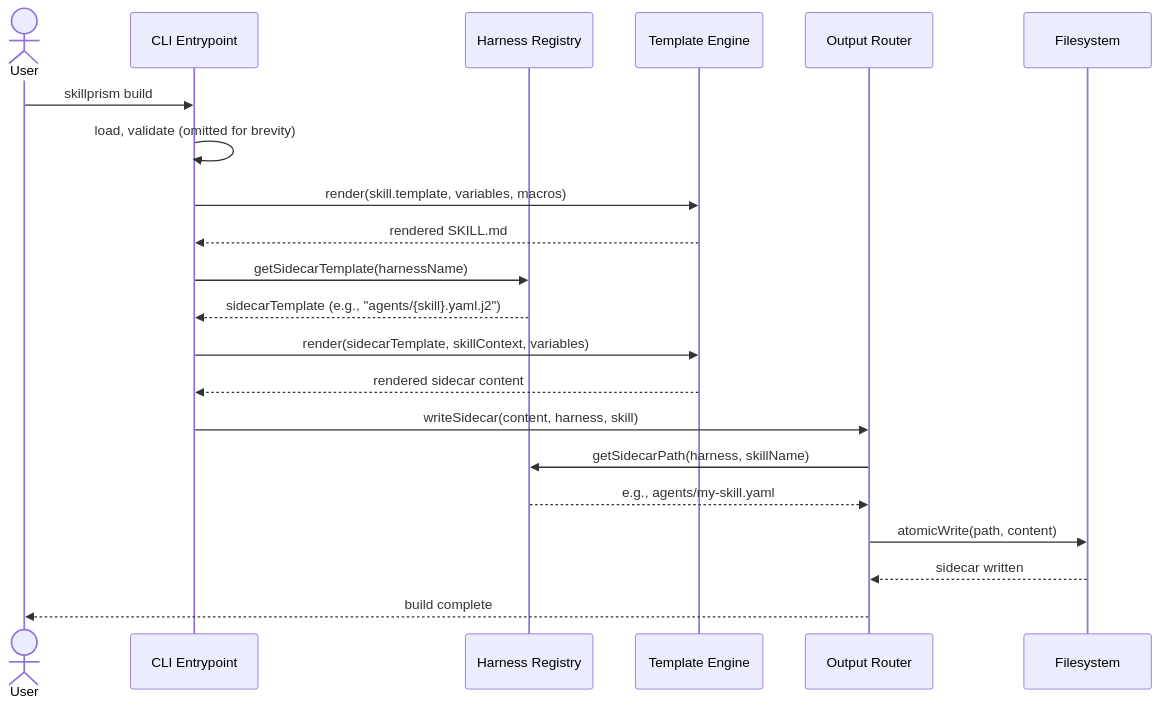
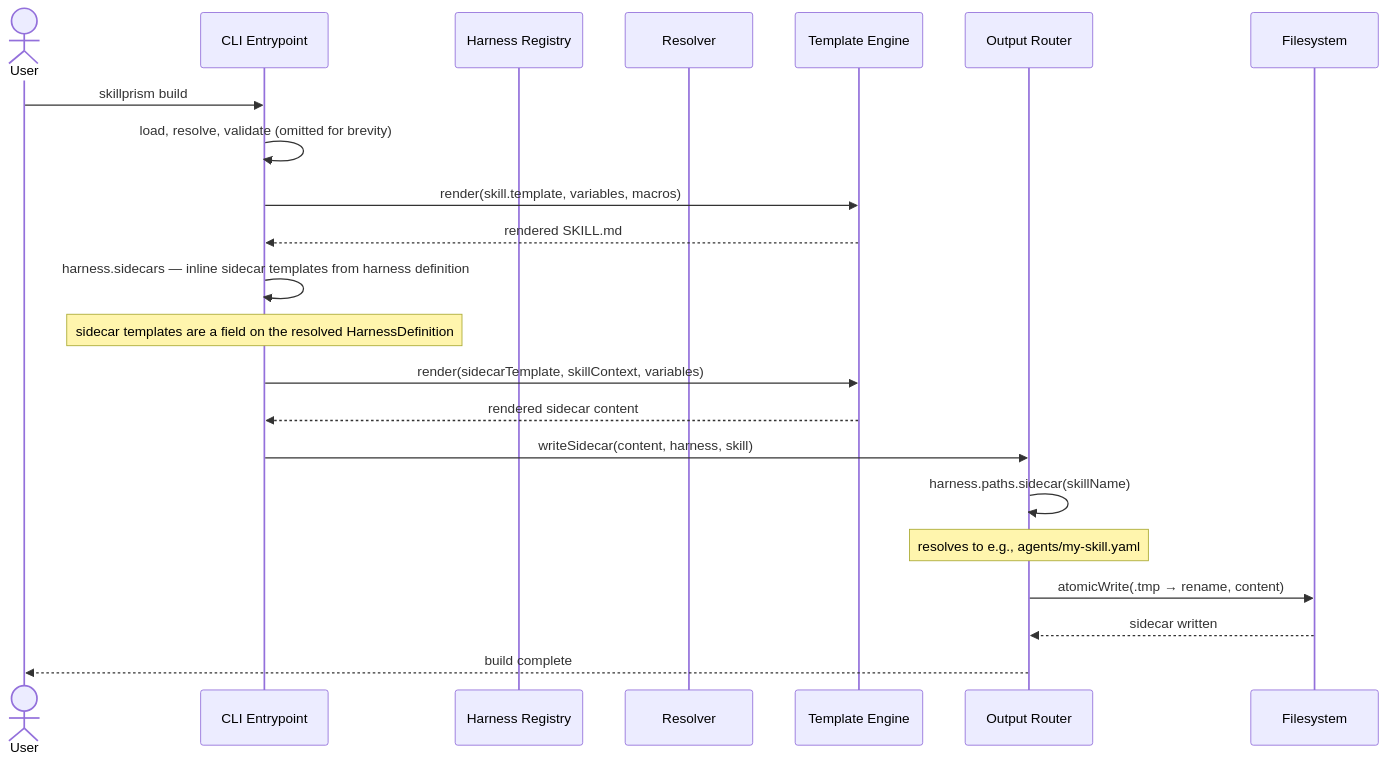
One commit to Tuvren/skillprism changed the diagram in .constitution/architecture/flows/flow-generate-sidecar.md. Above: the diagram before and after it, drawn with Mermaid. The commit also changed other lines of this file and 40 other files, not shown here.

First line of the commit message:
Epic B: Pipeline — Resolver, Validator, Template Engine, Output Router (#2)

````diff
--- a/.constitution/architecture/flows/flow-generate-sidecar.md
+++ b/.constitution/architecture/flows/flow-generate-sidecar.md
@@ -9,29 +9,30 @@
 ```mermaid
 sequenceDiagram
   actor User
   participant CLI as CLI Entrypoint
   participant Registry as Harness Registry
+  participant Resolver as Resolver
   participant Engine as Template Engine
   participant Router as Output Router
   participant FS as Filesystem
 
   User->>CLI: skillprism build
-  CLI->>CLI: load, validate (omitted for brevity)
+  CLI->>CLI: load, resolve, validate (omitted for brevity)
 
   CLI->>Engine: render(skill.template, variables, macros)
   Engine-->>CLI: rendered SKILL.md
 
-  CLI->>Registry: getSidecarTemplate(harnessName)
-  Registry-->>CLI: sidecarTemplate (e.g., "agents/{skill}.yaml.j2")
+  CLI->>CLI: harness.sidecars — inline sidecar templates from harness definition
+  Note over CLI: sidecar templates are a field on the resolved HarnessDefinition
 
   CLI->>Engine: render(sidecarTemplate, skillContext, variables)
   Engine-->>CLI: rendered sidecar content
 
   CLI->>Router: writeSidecar(content, harness, skill)
-  Router->>Registry: getSidecarPath(harness, skillName)
-  Registry-->>Router: e.g., agents/my-skill.yaml
-  Router->>FS: atomicWrite(path, content)
+  Router->>Router: harness.paths.sidecar(skillName)
+  Note over Router: resolves to e.g., agents/my-skill.yaml
+  Router->>FS: atomicWrite(.tmp → rename, content)
   FS-->>Router: sidecar written
 
   Router-->>User: build complete
 ```
````
